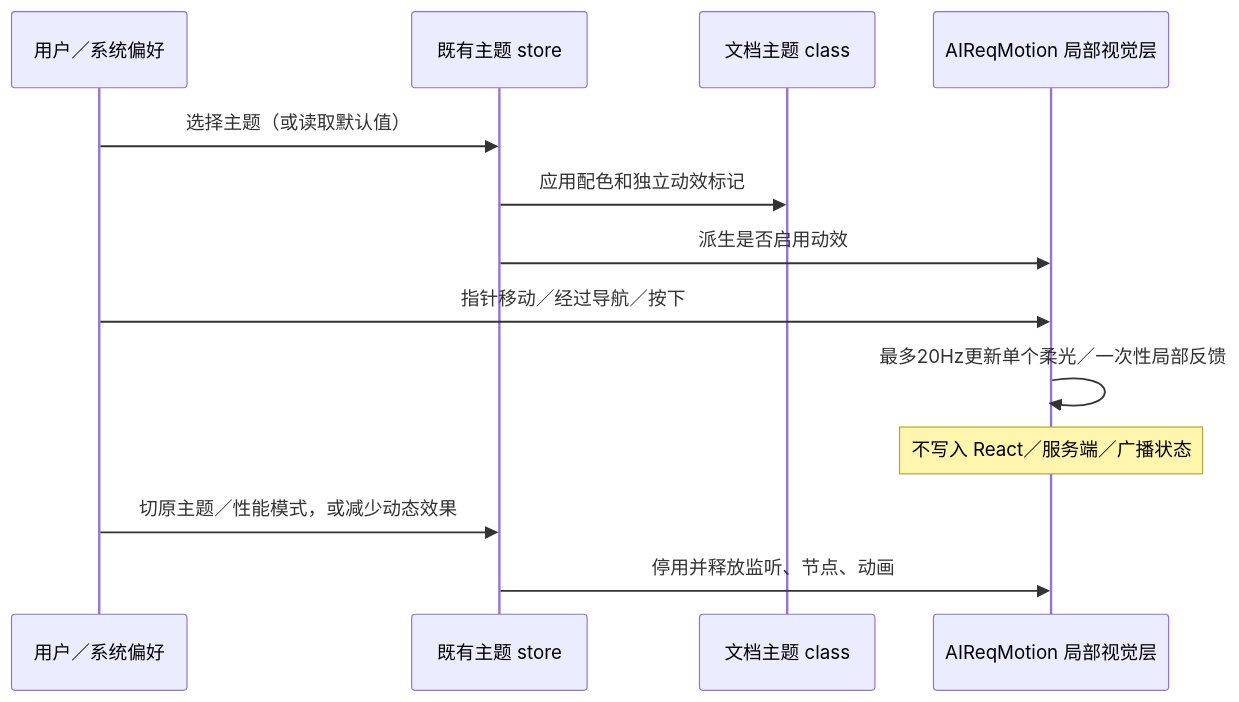
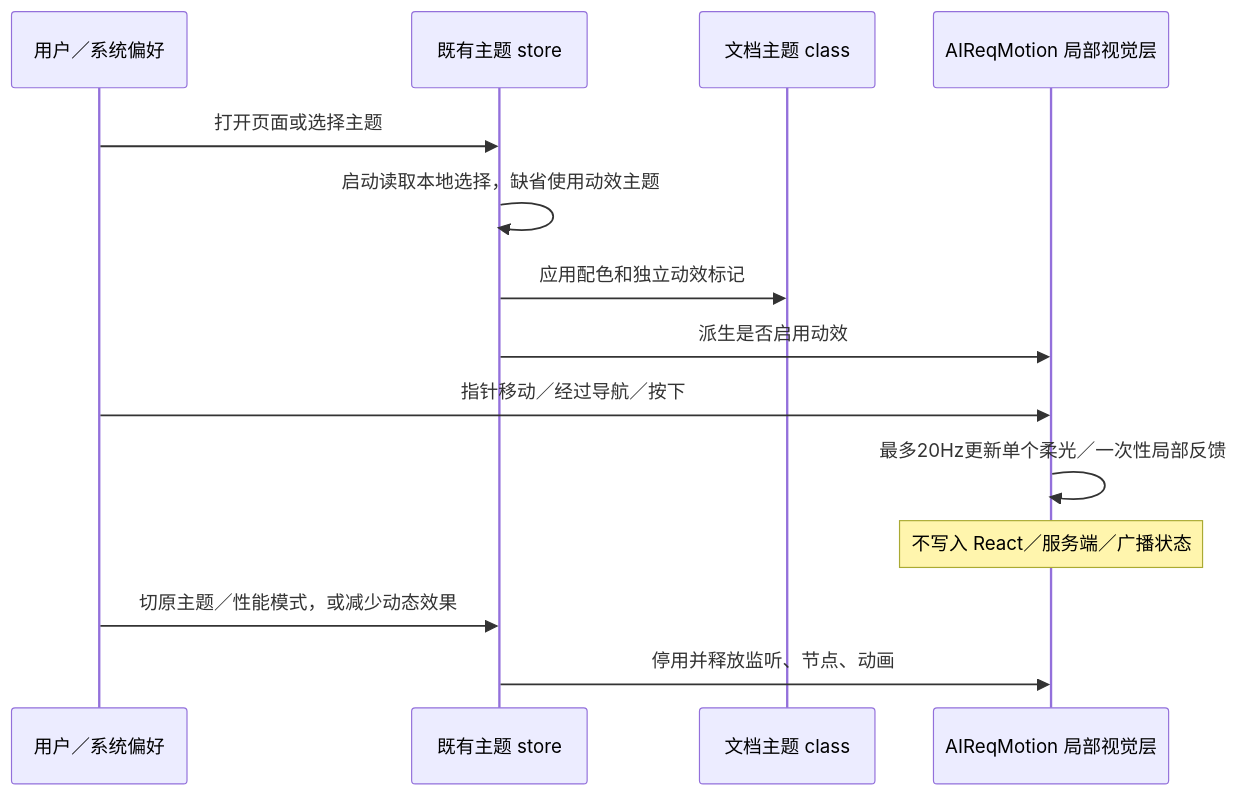
The diagram in DESIGN.md (jchanghong023/ZCode), drawn with Mermaid before and after one commit. The commit also changed other lines of this file and 22 other files, not shown here.

````diff
--- a/DESIGN.md
+++ b/DESIGN.md
@@ -105,15 +107,16 @@
 ```mermaid
 sequenceDiagram
   participant U as 用户／系统偏好
   participant S as 既有主题 store
   participant D as 文档主题 class
   participant M as AIReqMotion 局部视觉层
-  U->>S: 选择主题（或读取默认值）
+  U->>S: 打开页面或选择主题
+  S->>S: 启动读取本地选择，缺省使用动效主题
   S->>D: 应用配色和独立动效标记
   S->>M: 派生是否启用动效
   U->>M: 指针移动／经过导航／按下
   M->>M: 最多20Hz更新单个柔光／一次性局部反馈
   Note over M: 不写入 React／服务端／广播状态
   U->>S: 切原主题／性能模式，或减少动态效果
   S->>M: 停用并释放监听、节点、动画
 ```
````
